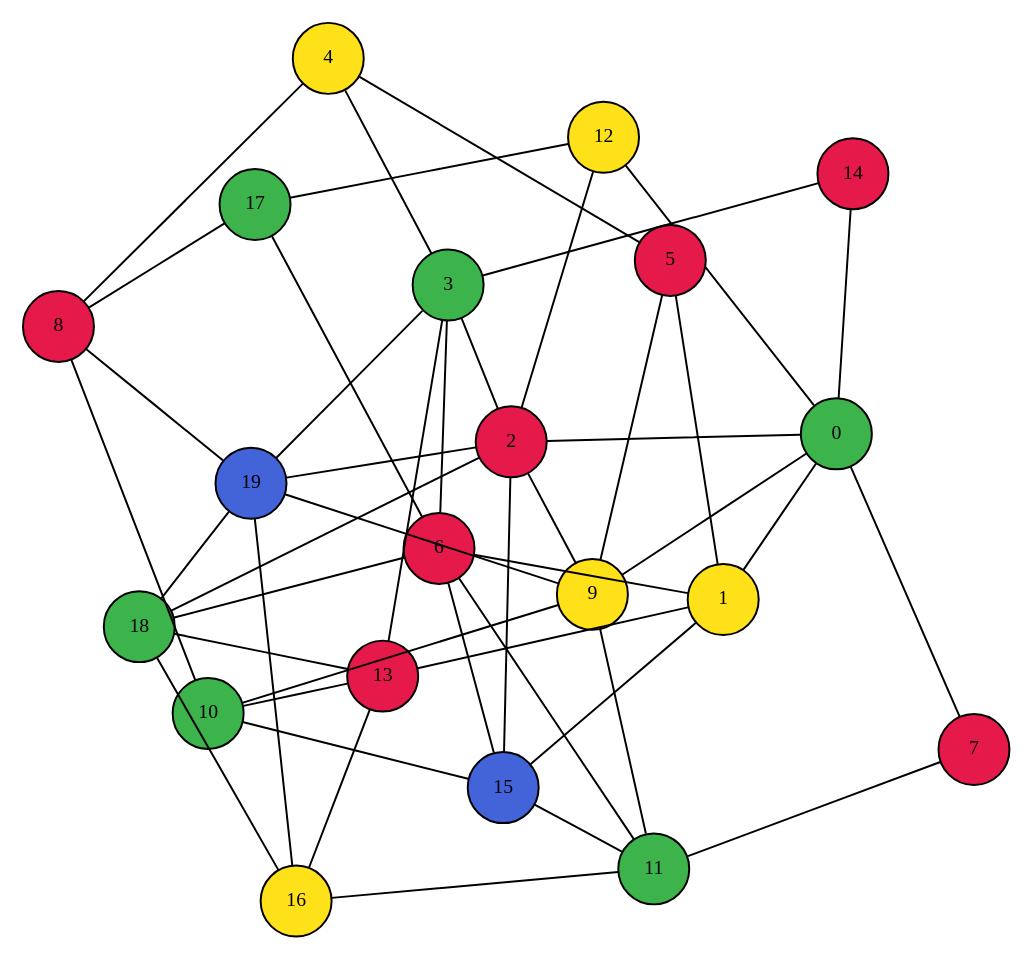
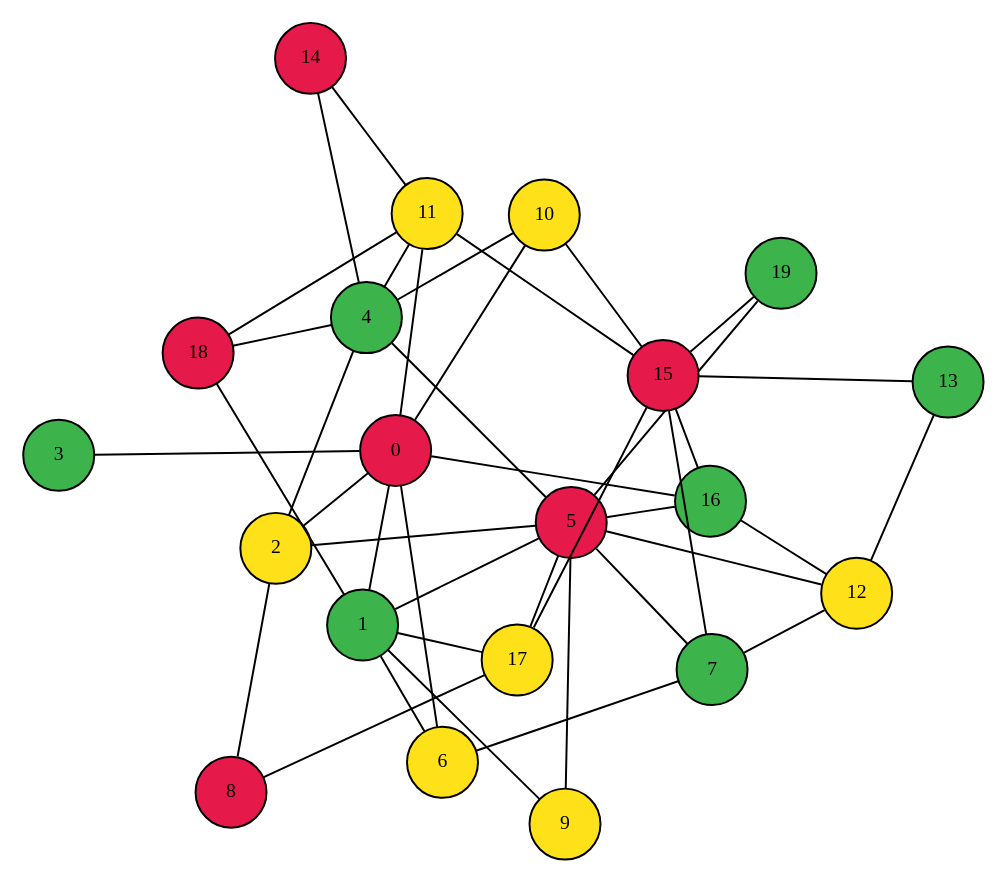
One commit to ZubMaksym/pa_lab_2 changed the diagram in graph.dot. Above: the diagram before and after it, drawn with Graphviz. The commit also changed 1 other file, not shown here.

```diff
--- a/graph.dot
+++ b/graph.dot
@@ -1,70 +1,65 @@
 graph G {
   layout=neato;
   overlap=false;
   node [shape=circle style=filled fontsize=10];
-  0 [label="0", fillcolor="#3cb44b"];
-  1 [label="1", fillcolor="#ffe119"];
-  2 [label="2", fillcolor="#e6194b"];
+  0 [label="0", fillcolor="#e6194b"];
+  1 [label="1", fillcolor="#3cb44b"];
+  2 [label="2", fillcolor="#ffe119"];
   3 [label="3", fillcolor="#3cb44b"];
-  4 [label="4", fillcolor="#ffe119"];
+  4 [label="4", fillcolor="#3cb44b"];
   5 [label="5", fillcolor="#e6194b"];
-  6 [label="6", fillcolor="#e6194b"];
-  7 [label="7", fillcolor="#e6194b"];
+  6 [label="6", fillcolor="#ffe119"];
+  7 [label="7", fillcolor="#3cb44b"];
   8 [label="8", fillcolor="#e6194b"];
   9 [label="9", fillcolor="#ffe119"];
-  10 [label="10", fillcolor="#3cb44b"];
-  11 [label="11", fillcolor="#3cb44b"];
+  10 [label="10", fillcolor="#ffe119"];
+  11 [label="11", fillcolor="#ffe119"];
   12 [label="12", fillcolor="#ffe119"];
-  13 [label="13", fillcolor="#e6194b"];
+  13 [label="13", fillcolor="#3cb44b"];
   14 [label="14", fillcolor="#e6194b"];
-  15 [label="15", fillcolor="#4363d8"];
-  16 [label="16", fillcolor="#ffe119"];
-  17 [label="17", fillcolor="#3cb44b"];
-  18 [label="18", fillcolor="#3cb44b"];
-  19 [label="19", fillcolor="#4363d8"];
+  15 [label="15", fillcolor="#e6194b"];
+  16 [label="16", fillcolor="#3cb44b"];
+  17 [label="17", fillcolor="#ffe119"];
+  18 [label="18", fillcolor="#e6194b"];
+  19 [label="19", fillcolor="#3cb44b"];
   0 -- 1;
   0 -- 2;
-  0 -- 7;
-  0 -- 12;
-  0 -- 14;
-  0 -- 9;
+  0 -- 3;
+  0 -- 11;
+  0 -- 6;
+  0 -- 10;
+  0 -- 16;
+  1 -- 5;
   1 -- 6;
-  1 -- 5;
-  1 -- 13;
-  1 -- 15;
-  2 -- 3;
-  2 -- 9;
-  2 -- 19;
-  2 -- 12;
-  2 -- 15;
-  2 -- 18;
-  3 -- 4;
-  3 -- 13;
-  3 -- 6;
-  3 -- 14;
-  3 -- 19;
+  1 -- 9;
+  1 -- 17;
+  1 -- 18;
+  2 -- 4;
+  2 -- 8;
+  2 -- 5;
+  4 -- 10;
   4 -- 5;
-  4 -- 8;
+  4 -- 11;
+  4 -- 14;
+  4 -- 18;
   5 -- 9;
-  6 -- 11;
-  6 -- 15;
-  6 -- 18;
-  6 -- 17;
-  7 -- 11;
-  8 -- 10;
+  5 -- 12;
+  5 -- 17;
+  5 -- 19;
+  5 -- 7;
+  5 -- 16;
+  6 -- 7;
+  7 -- 12;
+  7 -- 15;
   8 -- 17;
-  8 -- 19;
-  9 -- 10;
-  9 -- 11;
-  9 -- 19;
-  10 -- 13;
   10 -- 15;
-  11 -- 16;
+  11 -- 14;
+  11 -- 18;
   11 -- 15;
-  12 -- 17;
-  13 -- 16;
-  13 -- 18;
-  16 -- 18;
-  16 -- 19;
-  18 -- 19;
+  12 -- 13;
+  12 -- 16;
+  13 -- 15;
+  15 -- 16;
+  15 -- 17;
+  15 -- 19;
 }
```
